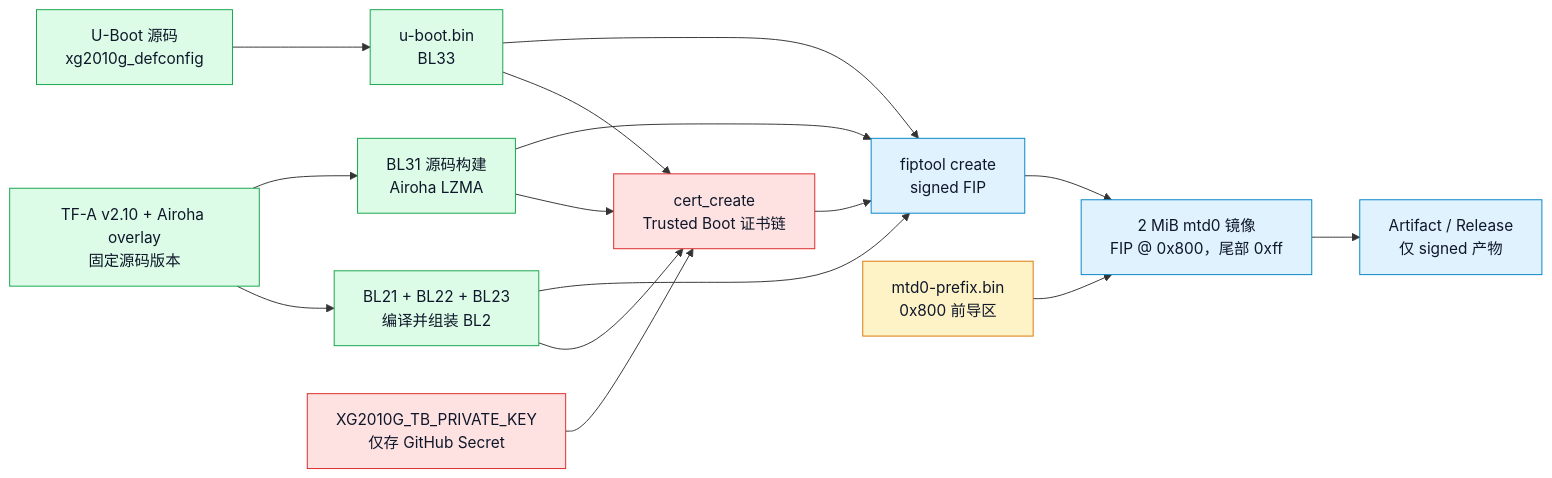
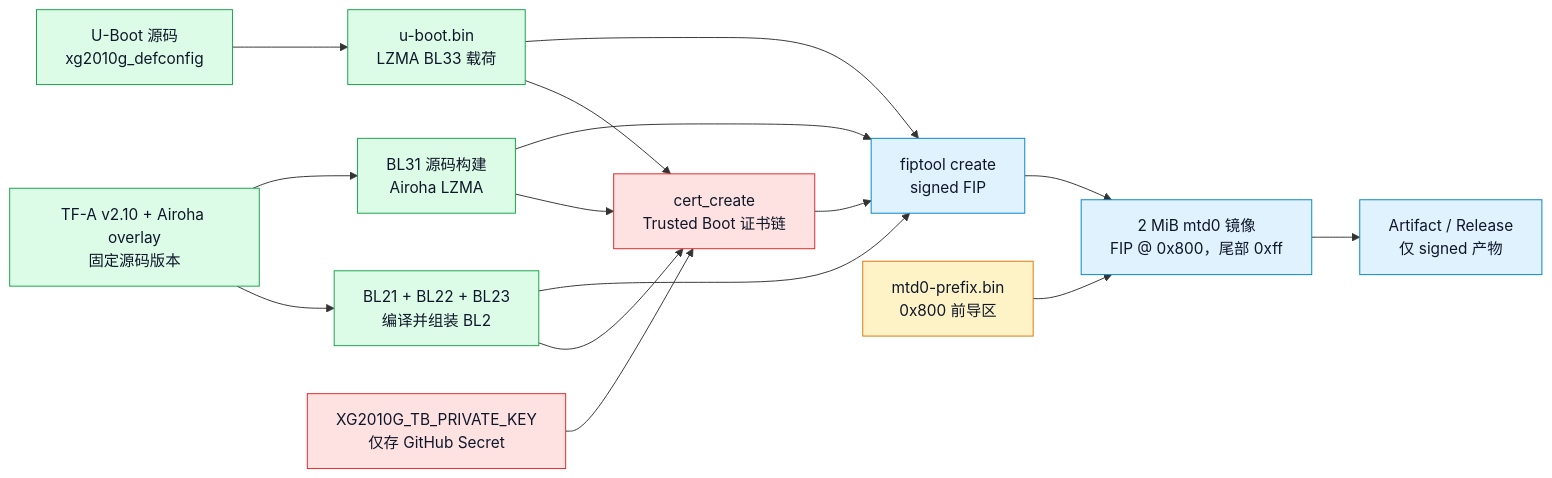
Before and after one commit to naoki66/u-boot-xg2010g: the second of 4 diagrams in README.md, drawn with Mermaid. The commit also changed other lines of this file and 2 other files, not shown here.

Commit message:
fix: compress BL33 for the Airoha loader

````diff
--- a/README.md
+++ b/README.md
@@ -203,27 +203,27 @@
 ```mermaid
 flowchart LR
-    U["U-Boot 源码<br/>xg2010g_defconfig"] --> B["u-boot.bin<br/>BL33"]
+    U["U-Boot 源码<br/>xg2010g_defconfig"] --> B["u-boot.bin<br/>LZMA BL33 载荷"]
     T["TF-A v2.10 + Airoha overlay<br/>固定源码版本"] --> L2["BL21 + BL22 + BL23<br/>编译并组装 BL2"]
     T --> L31["BL31 源码构建<br/>Airoha LZMA"]
     K["XG2010G_TB_PRIVATE_KEY<br/>仅存 GitHub Secret"] --> C["cert_create<br/>Trusted Boot 证书链"]
     L2 --> C
     L31 --> C
     B --> C
     L2 --> F["fiptool create<br/>signed FIP"]
     L31 --> F
     B --> F
     C --> F
     P["mtd0-prefix.bin<br/>0x800 前导区"] --> M["2 MiB mtd0 镜像<br/>FIP @ 0x800，尾部 0xff"]
     F --> M
     M --> A["Artifact / Release<br/>仅 signed 产物"]
 
     classDef src fill:#dcfce7,stroke:#16a34a,color:#0f172a;
     classDef stock fill:#fef3c7,stroke:#d97706,color:#0f172a;
     classDef key fill:#fee2e2,stroke:#dc2626,color:#0f172a;
     classDef out fill:#e0f2fe,stroke:#0284c7,color:#0f172a;
 
     class U,B,T,L2,L31 src;
     class P stock;
     class K,C key;
     class F,M,A out;
 ```
````
